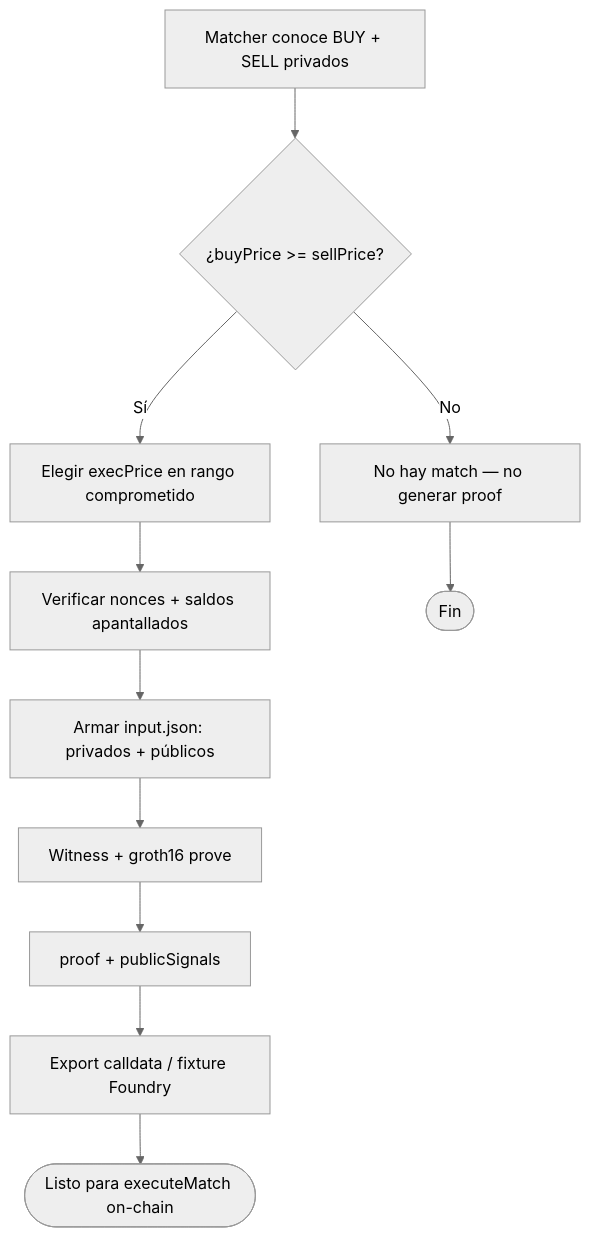
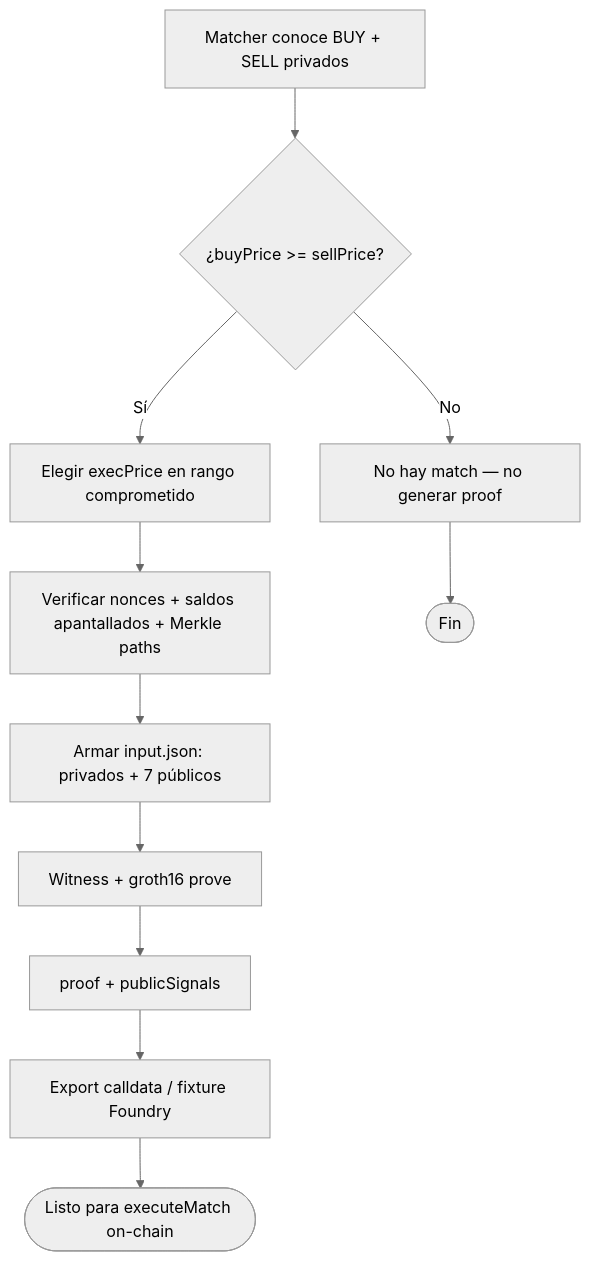
One commit to rastrahm/zk-dark-pool changed the second of 7 diagrams in doc/diagrama-de-flujo.md. Above: the diagram before and after it, drawn with Mermaid (neutral theme). The commit also changed other lines of this file and 13 other files, not shown here.

````diff
--- a/doc/diagrama-de-flujo.md
+++ b/doc/diagrama-de-flujo.md
@@ -26,13 +26,13 @@
 ```mermaid
 flowchart TD
     A[Matcher conoce BUY + SELL privados] --> B{¿buyPrice >= sellPrice?}
     B -->|No| Fail[No hay match — no generar proof]
     B -->|Sí| C[Elegir execPrice en rango comprometido]
-    C --> D[Verificar nonces + saldos apantallados]
-    D --> E[Armar input.json: privados + públicos]
+    C --> D[Verificar nonces + saldos apantallados + Merkle paths]
+    D --> E[Armar input.json: privados + 7 públicos]
     E --> F[Witness + groth16 prove]
     F --> G[proof + publicSignals]
     G --> H[Export calldata / fixture Foundry]
     H --> Ok([Listo para executeMatch on-chain])
     Fail --> End([Fin])
 ```
````
